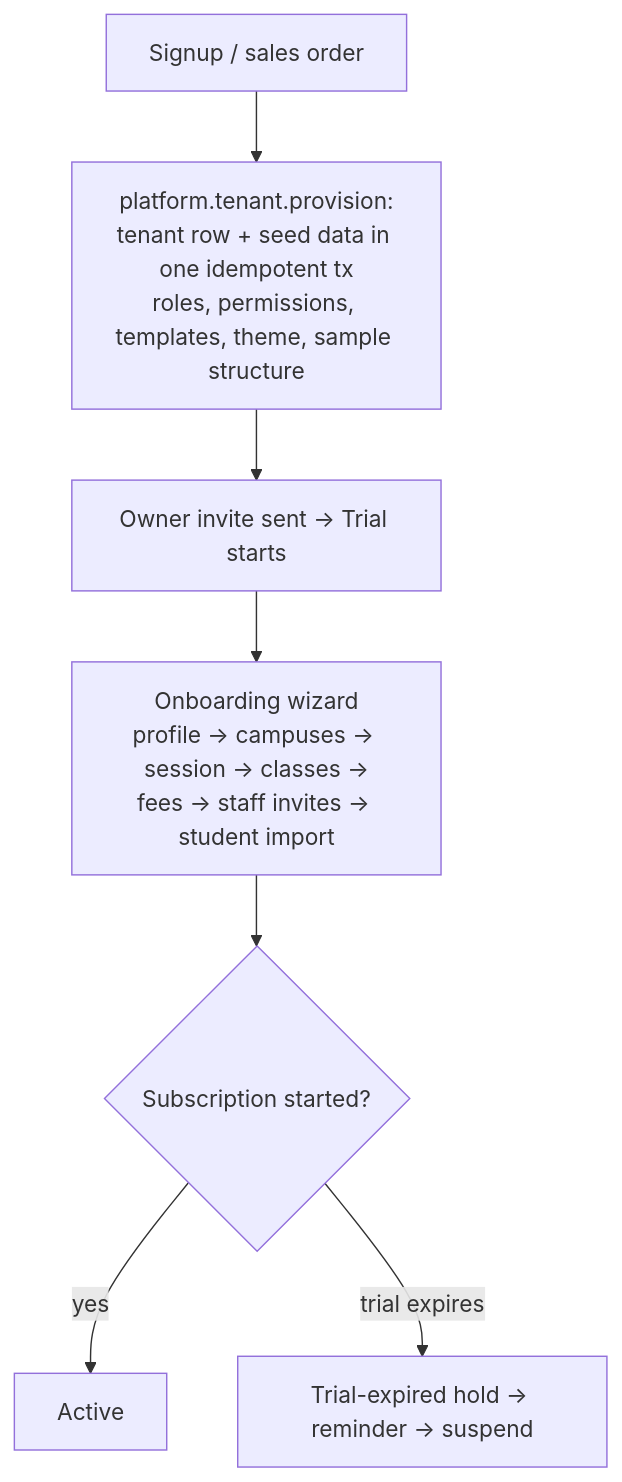
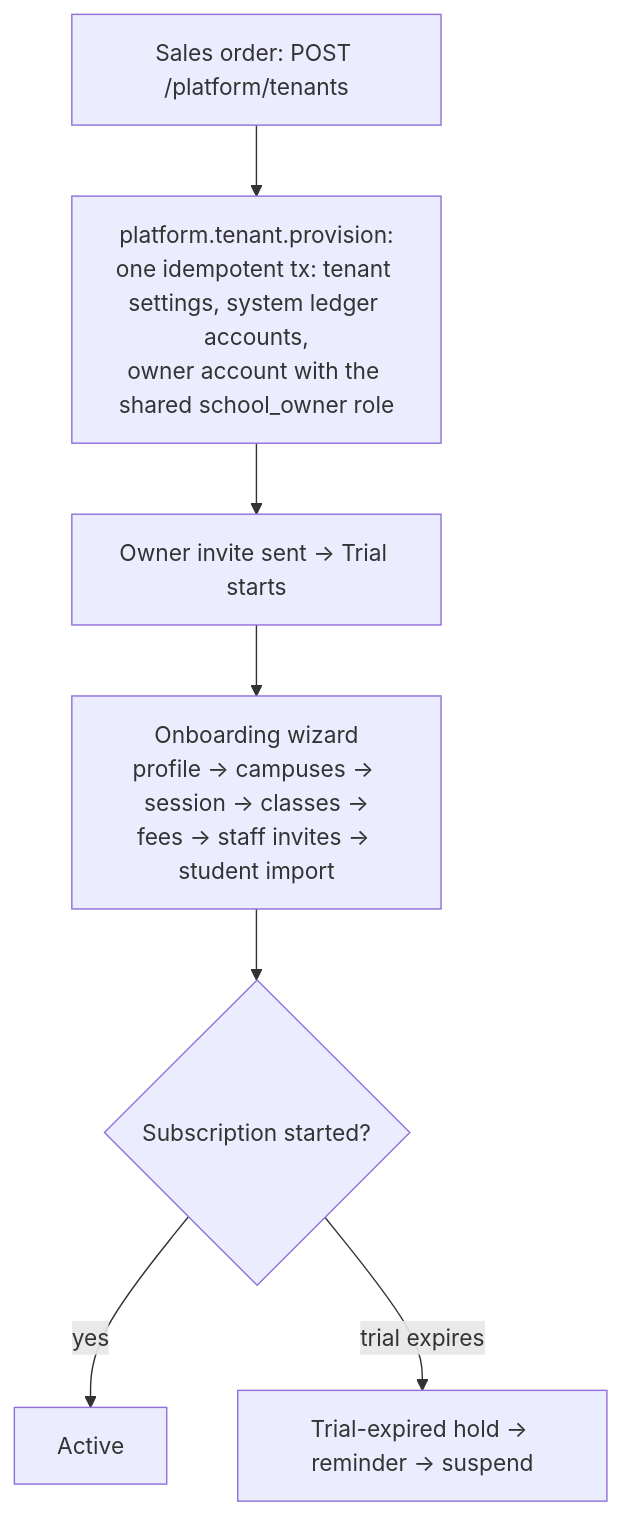
One commit to sameer-sultan41/schoolhub changed the first of 2 diagrams in docs/03-modules/platform-admin.md. Above: the diagram before and after it, drawn with Mermaid. The commit also changed other lines of this file and 12 other files, not shown here.

````diff
--- a/docs/03-modules/platform-admin.md
+++ b/docs/03-modules/platform-admin.md
@@ -77,9 +77,9 @@
 ```mermaid
 flowchart TD
-    A[Signup / sales order] --> B[platform.tenant.provision:<br/>tenant row + seed data in one idempotent tx<br/>roles, permissions, templates, theme, sample structure]
+    A[Sales order: POST /platform/tenants] --> B[platform.tenant.provision:<br/>one idempotent tx: tenant settings, system ledger accounts,<br/>owner account with the shared school_owner role]
     B --> C[Owner invite sent → Trial starts]
     C --> D[Onboarding wizard<br/>profile → campuses → session → classes →<br/>fees → staff invites → student import]
     D --> E{Subscription started?}
     E -- yes --> F[Active]
     E -- trial expires --> G[Trial-expired hold → reminder → suspend]
 ```
````
